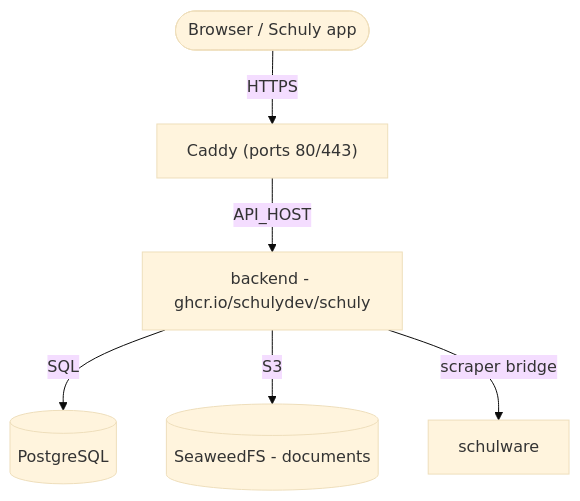
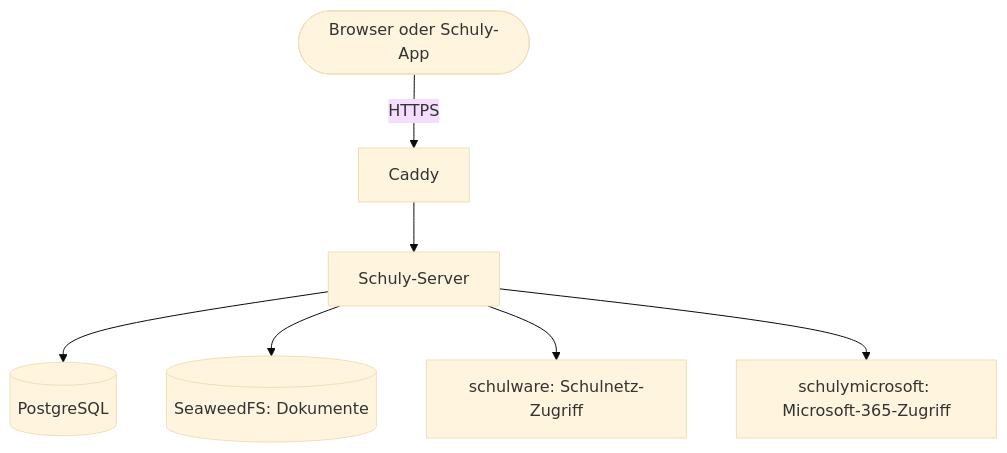
The diagram in docs/de/SchulyServer/setup/self-hosting.md (schulydev/SchulyDocs), drawn with Mermaid (base theme) before and after one commit. The commit also changed other lines of this file and 101 other files, not shown here.

````diff
--- a/docs/de/SchulyServer/setup/self-hosting.md
+++ b/docs/de/SchulyServer/setup/self-hosting.md
@@ -15,8 +17,9 @@
 ```mermaid
 flowchart TB
-    user([Browser / Schuly app]) -->|HTTPS| caddy["Caddy (ports 80/443)"]
-    caddy -->|API_HOST| backend["backend - ghcr.io/schulydev/schuly"]
-    backend -->|SQL| pg[("PostgreSQL")]
-    backend -->|S3| s3[("SeaweedFS - documents")]
-    backend -->|scraper bridge| sw["schulware"]
+    user([Browser oder Schuly-App]) -->|HTTPS| caddy["Caddy"]
+    caddy --> backend["Schuly-Server"]
+    backend --> pg[("PostgreSQL")]
+    backend --> s3[("SeaweedFS: Dokumente")]
+    backend --> sw["schulware: Schulnetz-Zugriff"]
+    backend --> ms["schulymicrosoft: Microsoft-365-Zugriff"]
 ```
````
